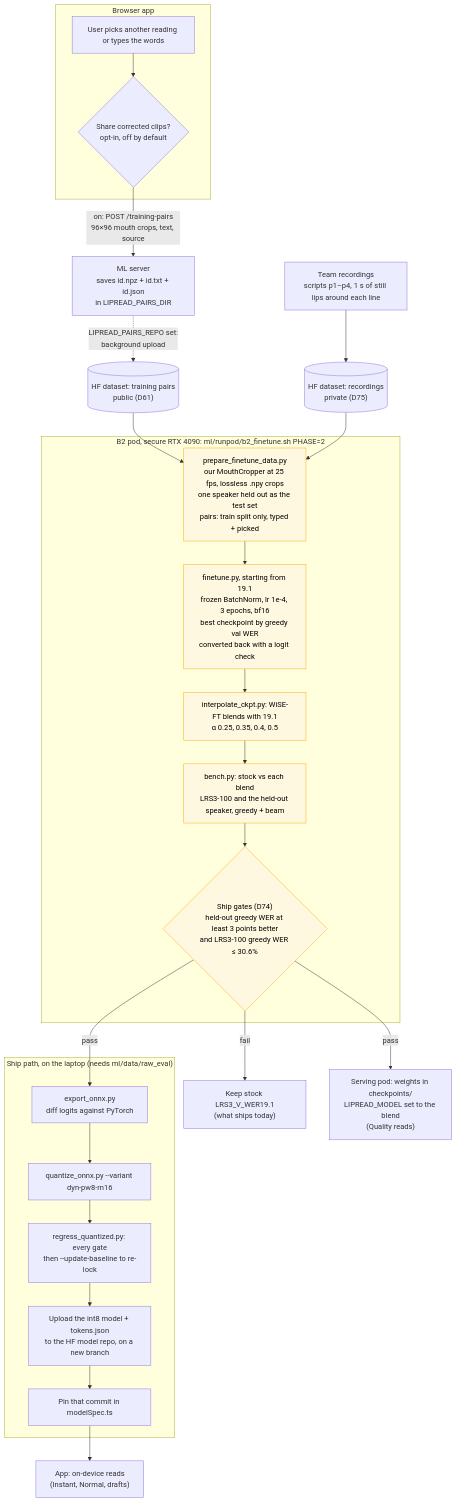
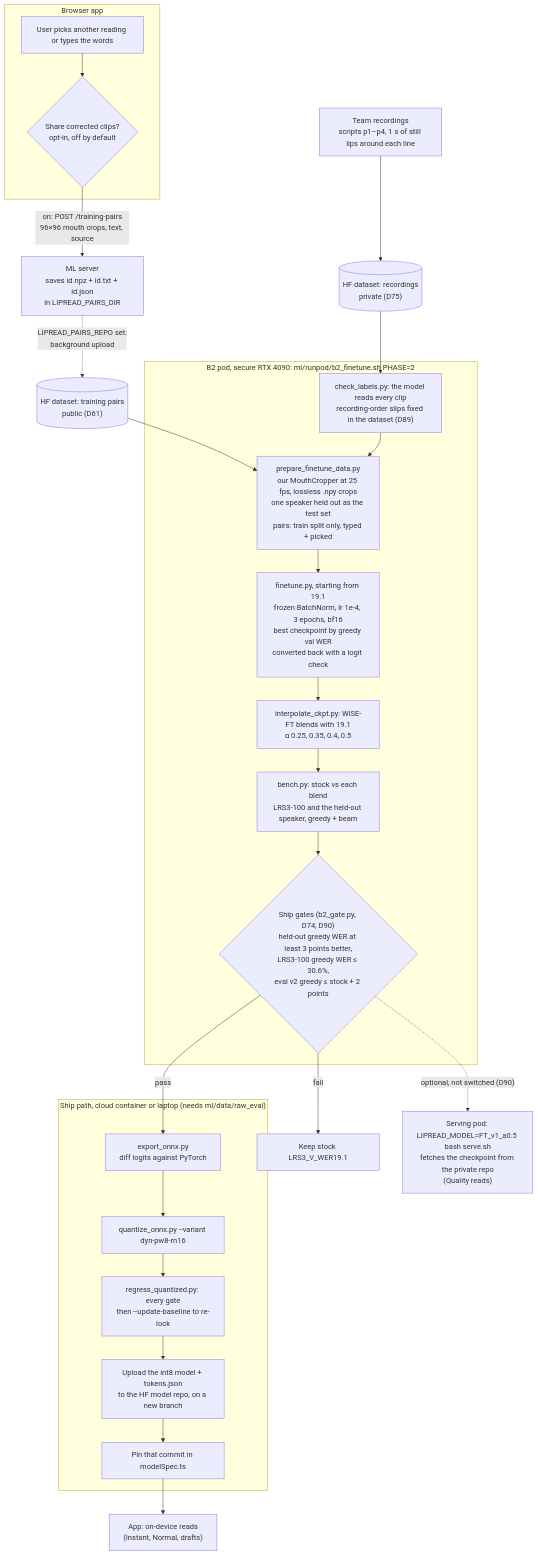
Before and after one commit to LMSAIH/stormhacks2026: the diagram in docs/architecture/ml-training.md, drawn with Mermaid. The commit also changed other lines of this file and 4 other files, not shown here.

First line of the commit message:
docs(b2): follow-up on options 1-3 with eval v2; D90; diagrams show what ships

````diff
--- a/docs/architecture/ml-training.md
+++ b/docs/architecture/ml-training.md
@@ -9,38 +9,36 @@
 ```mermaid
 flowchart TD
   subgraph app["Browser app"]
     fix["User picks another reading or types the words"]
     opt{"Share corrected clips?<br/>opt-in, off by default"}
   end
   fix --> opt
   opt -->|"on: POST /training-pairs<br/>96×96 mouth crops, text, source"| srv["ML server<br/>saves id.npz + id.txt + id.json<br/>in LIPREAD_PAIRS_DIR"]
   srv -.->|"LIPREAD_PAIRS_REPO set:<br/>background upload"| pairsds[("HF dataset: training pairs<br/>public (D61)")]
   rec["Team recordings<br/>scripts p1–p4, 1 s of still lips around each line"] --> recds[("HF dataset: recordings<br/>private (D75)")]
 
   subgraph b2["B2 pod, secure RTX 4090: ml/runpod/b2_finetune.sh PHASE=2"]
     prep["prepare_finetune_data.py<br/>our MouthCropper at 25 fps, lossless .npy crops<br/>one speaker held out as the test set<br/>pairs: train split only, typed + picked"]
     ft["finetune.py, starting from 19.1<br/>frozen BatchNorm, lr 1e-4, 3 epochs, bf16<br/>best checkpoint by greedy val WER<br/>converted back with a logit check"]
     wise["interpolate_ckpt.py: WiSE-FT blends with 19.1<br/>α 0.25, 0.35, 0.4, 0.5"]
     bench["bench.py: stock vs each blend<br/>LRS3-100 and the held-out speaker, greedy + beam"]
-    gate{"Ship gates (D74)<br/>held-out greedy WER at least 3 points better<br/>and LRS3-100 greedy WER ≤ 30.6%"}
+    labels["check_labels.py: the model reads every clip<br/>recording-order slips fixed in the dataset (D89)"]
+    gate{"Ship gates (b2_gate.py, D74, D90)<br/>held-out greedy WER at least 3 points better,<br/>LRS3-100 greedy WER ≤ 30.6%,<br/>eval v2 greedy ≤ stock + 2 points"}
   end
   pairsds --> prep
-  recds --> prep
+  recds --> labels --> prep
   prep --> ft --> wise --> bench --> gate
-  gate -->|"fail"| stock["Keep stock LRS3_V_WER19.1<br/>(what ships today)"]
+  gate -->|"fail"| stock["Keep stock LRS3_V_WER19.1"]
 
-  subgraph ship["Ship path, on the laptop (needs ml/data/raw_eval)"]
+  subgraph ship["Ship path, cloud container or laptop (needs ml/data/raw_eval)"]
     exp["export_onnx.py<br/>diff logits against PyTorch"]
     quant["quantize_onnx.py --variant dyn-pw8-rn16"]
     reg["regress_quantized.py: every gate<br/>then --update-baseline to re-lock"]
     up["Upload the int8 model + tokens.json<br/>to the HF model repo, on a new branch"]
     pin["Pin that commit in modelSpec.ts"]
   end
   gate -->|"pass"| exp
   exp --> quant --> reg --> up --> pin
   pin --> appread["App: on-device reads<br/>(Instant, Normal, drafts)"]
-  gate -->|"pass"| serve["Serving pod: weights in checkpoints/<br/>LIPREAD_MODEL set to the blend<br/>(Quality reads)"]
-
-  classDef notrun fill:#fff8e1,stroke:#f9ab00,color:#000
-  class prep,ft,wise,bench,gate notrun
+  gate -.->|"optional, not switched (D90)"| serve["Serving pod: LIPREAD_MODEL=FT_v1_a0.5 bash serve.sh<br/>fetches the checkpoint from the private repo<br/>(Quality reads)"]
 ```
````
